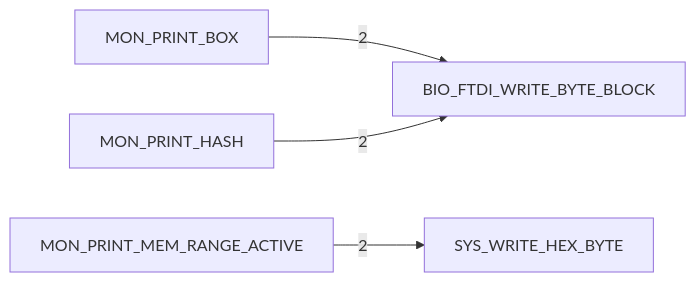
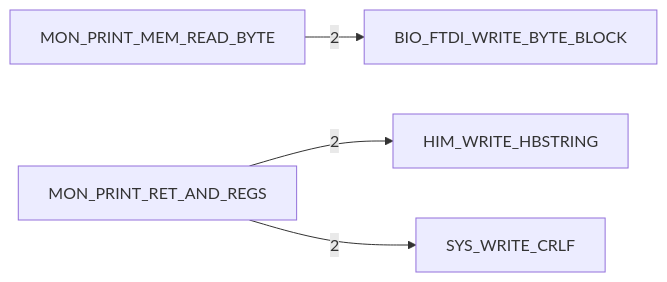
One commit to 95westus/R-YORS changed the fifth of 6 diagrams in DOC/GENERATED/HIMON_COMMAND_MAP.md. Above: the diagram before and after it, drawn with Mermaid. The commit also changed other lines of this file and 243 other files, not shown here.

````diff
--- a/DOC/GENERATED/HIMON_COMMAND_MAP.md
+++ b/DOC/GENERATED/HIMON_COMMAND_MAP.md
@@ -78,6 +78,6 @@
 ```mermaid
 flowchart LR
-    N_MON_PRINT_BOX[MON_PRINT_BOX] -->|2| N_BIO_FTDI_WRITE_BYTE_BLOCK[BIO_FTDI_WRITE_BYTE_BLOCK]
-    N_MON_PRINT_HASH[MON_PRINT_HASH] -->|2| N_BIO_FTDI_WRITE_BYTE_BLOCK[BIO_FTDI_WRITE_BYTE_BLOCK]
-    N_MON_PRINT_MEM_RANGE_ACTIVE[MON_PRINT_MEM_RANGE_ACTIVE] -->|2| N_SYS_WRITE_HEX_BYTE[SYS_WRITE_HEX_BYTE]
+    N_MON_PRINT_MEM_READ_BYTE[MON_PRINT_MEM_READ_BYTE] -->|2| N_BIO_FTDI_WRITE_BYTE_BLOCK[BIO_FTDI_WRITE_BYTE_BLOCK]
+    N_MON_PRINT_RET_AND_REGS[MON_PRINT_RET_AND_REGS] -->|2| N_HIM_WRITE_HBSTRING[HIM_WRITE_HBSTRING]
+    N_MON_PRINT_RET_AND_REGS[MON_PRINT_RET_AND_REGS] -->|2| N_SYS_WRITE_CRLF[SYS_WRITE_CRLF]
 ```
````
